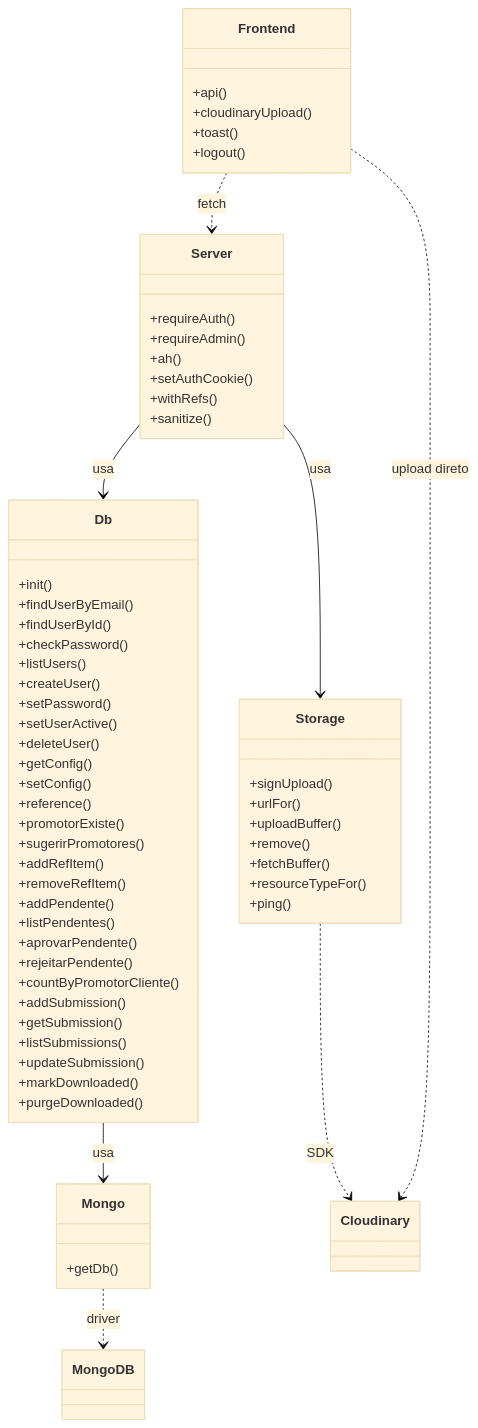
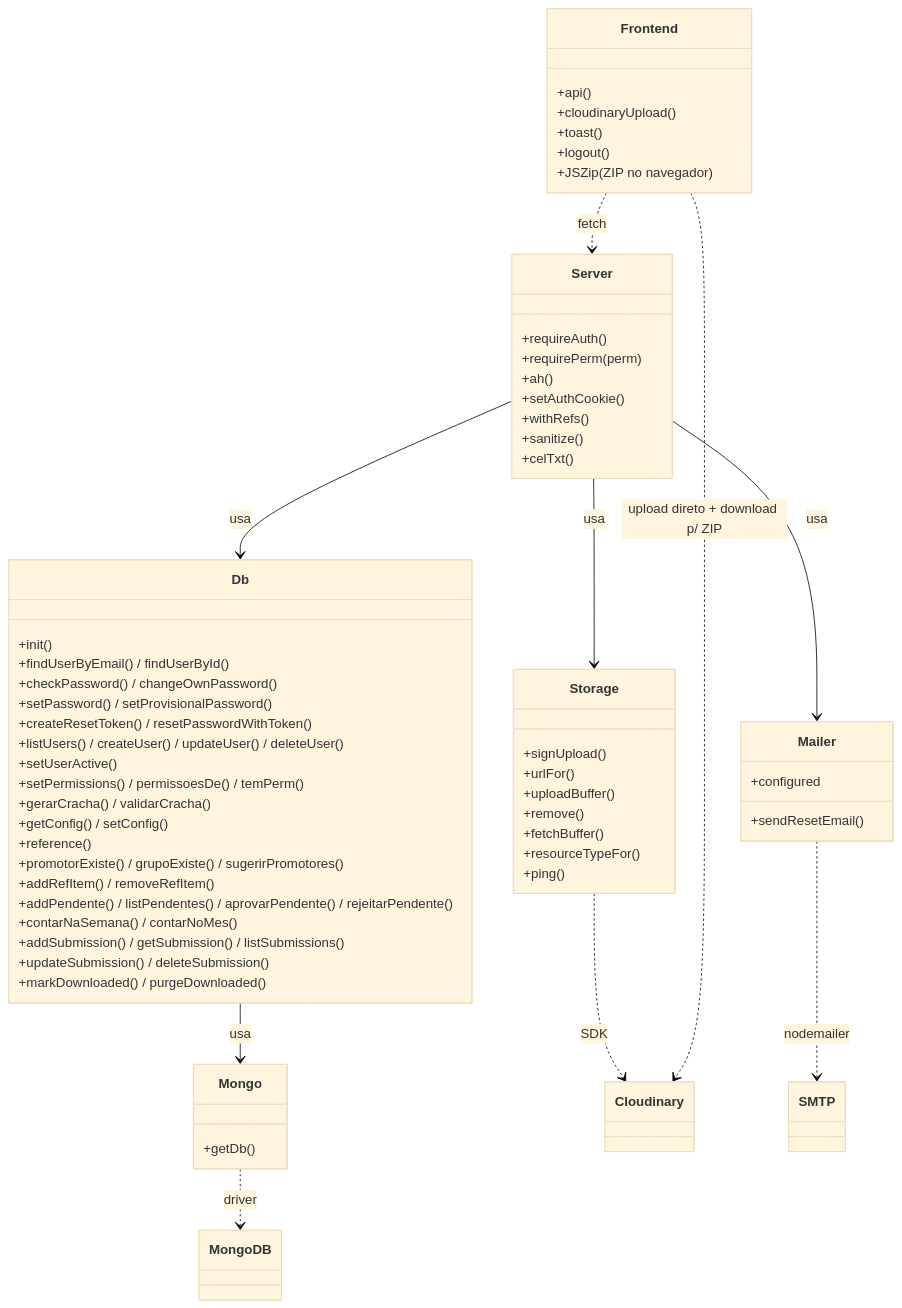
The first of 2 diagrams in docs/06-uml-componentes.md (Vaniteux2006/pdv_memphis), drawn with Mermaid (base theme) before and after one commit. The commit also changed other lines of this file and 10 other files, not shown here.

````diff
--- a/docs/06-uml-componentes.md
+++ b/docs/06-uml-componentes.md
@@ -7,66 +7,65 @@
 ```mermaid
 classDiagram
   class Server {
     +requireAuth()
-    +requireAdmin()
+    +requirePerm(perm)
     +ah()
     +setAuthCookie()
     +withRefs()
     +sanitize()
+    +celTxt()
   }
   class Db {
     +init()
-    +findUserByEmail()
-    +findUserById()
-    +checkPassword()
-    +listUsers()
-    +createUser()
-    +setPassword()
+    +findUserByEmail() / findUserById()
+    +checkPassword() / changeOwnPassword()
+    +setPassword() / setProvisionalPassword()
+    +createResetToken() / resetPasswordWithToken()
+    +listUsers() / createUser() / updateUser() / deleteUser()
     +setUserActive()
-    +deleteUser()
-    +getConfig()
-    +setConfig()
+    +setPermissions() / permissoesDe() / temPerm()
+    +gerarCracha() / validarCracha()
+    +getConfig() / setConfig()
     +reference()
-    +promotorExiste()
-    +sugerirPromotores()
-    +addRefItem()
-    +removeRefItem()
-    +addPendente()
-    +listPendentes()
-    +aprovarPendente()
-    +rejeitarPendente()
-    +countByPromotorCliente()
-    +addSubmission()
-    +getSubmission()
-    +listSubmissions()
-    +updateSubmission()
-    +markDownloaded()
-    +purgeDownloaded()
+    +promotorExiste() / grupoExiste() / sugerirPromotores()
+    +addRefItem() / removeRefItem()
+    +addPendente() / listPendentes() / aprovarPendente() / rejeitarPendente()
+    +contarNaSemana() / contarNoMes()
+    +addSubmission() / getSubmission() / listSubmissions()
+    +updateSubmission() / deleteSubmission()
+    +markDownloaded() / purgeDownloaded()
   }
   class Mongo {
     +getDb()
   }
   class Storage {
     +signUpload()
     +urlFor()
     +uploadBuffer()
     +remove()
     +fetchBuffer()
     +resourceTypeFor()
     +ping()
   }
+  class Mailer {
+    +sendResetEmail()
+    +configured
+  }
   class Frontend {
     +api()
     +cloudinaryUpload()
     +toast()
     +logout()
+    +JSZip (ZIP no navegador)
   }
 
   Server --> Db : usa
   Server --> Storage : usa
+  Server --> Mailer : usa
   Db --> Mongo : usa
   Mongo ..> MongoDB : driver
   Storage ..> Cloudinary : SDK
+  Mailer ..> SMTP : nodemailer
   Frontend ..> Server : fetch
-  Frontend ..> Cloudinary : upload direto
+  Frontend ..> Cloudinary : upload direto + download p/ ZIP
 ```
````
